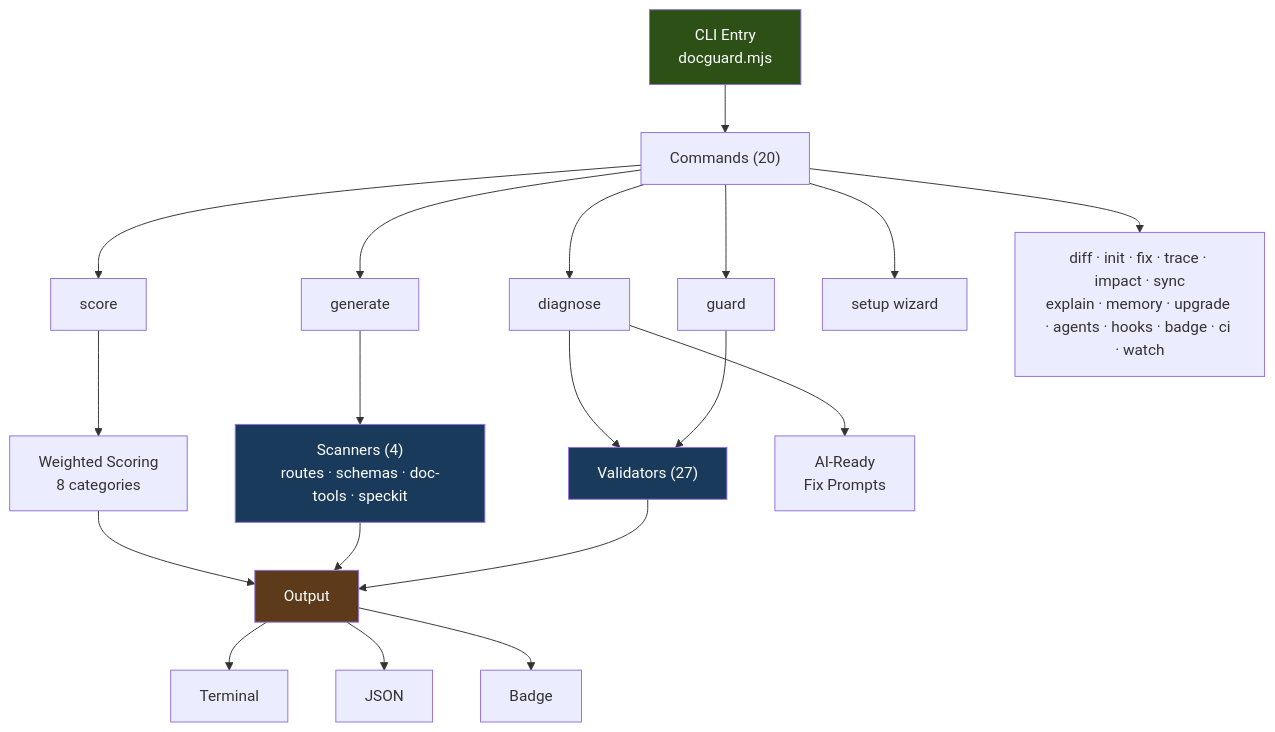
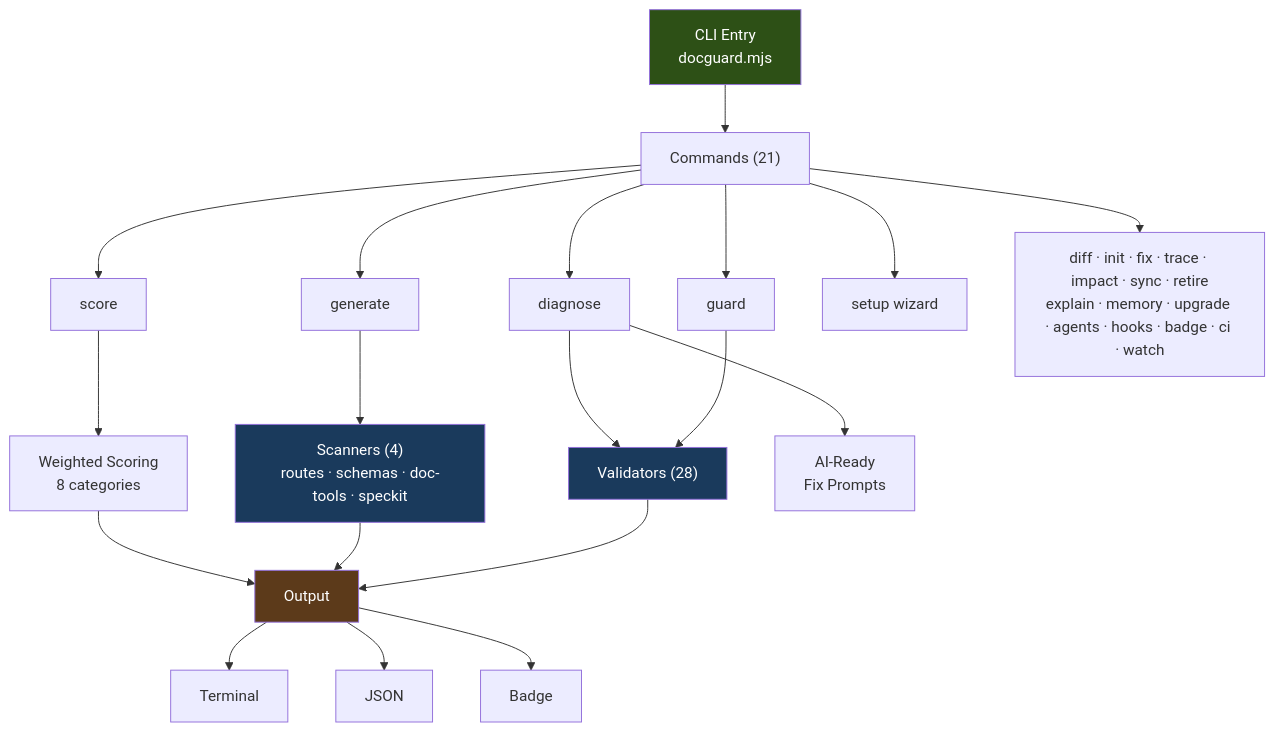
One commit to raccioly/docguard changed the diagram in README.md. Above: the diagram before and after it, drawn with Mermaid. The commit also changed other lines of this file and 60 other files, not shown here.

````diff
--- a/README.md
+++ b/README.md
@@ -70,28 +70,28 @@
 ```mermaid
 graph TD
-    CLI["CLI Entry<br/>docguard.mjs"] --> Commands["Commands (20)"]
+    CLI["CLI Entry<br/>docguard.mjs"] --> Commands["Commands (21)"]
     Commands --> guard["guard"]
     Commands --> generate["generate"]
     Commands --> score["score"]
     Commands --> diagnose["diagnose"]
     Commands --> setup["setup wizard"]
-    Commands --> other["diff · init · fix · trace · impact · sync<br/>explain · memory · upgrade · agents · hooks · badge · ci · watch"]
+    Commands --> other["diff · init · fix · trace · impact · sync · retire<br/>explain · memory · upgrade · agents · hooks · badge · ci · watch"]
 
-    guard --> Validators["Validators (27)"]
+    guard --> Validators["Validators (28)"]
     generate --> Scanners["Scanners (4)<br/>routes · schemas · doc-tools · speckit"]
     score --> Scoring["Weighted Scoring<br/>8 categories"]
     diagnose --> Validators
     diagnose --> AIPrompts["AI-Ready<br/>Fix Prompts"]
 
     Validators --> Output["Output"]
     Scanners --> Output
     Scoring --> Output
     Output --> Terminal["Terminal"]
     Output --> JSON["JSON"]
     Output --> Badge["Badge"]
 
     style CLI fill:#2d5016,color:#fff
     style Validators fill:#1a3a5c,color:#fff
     style Scanners fill:#1a3a5c,color:#fff
     style Output fill:#5c3a1a,color:#fff
 ```
````
